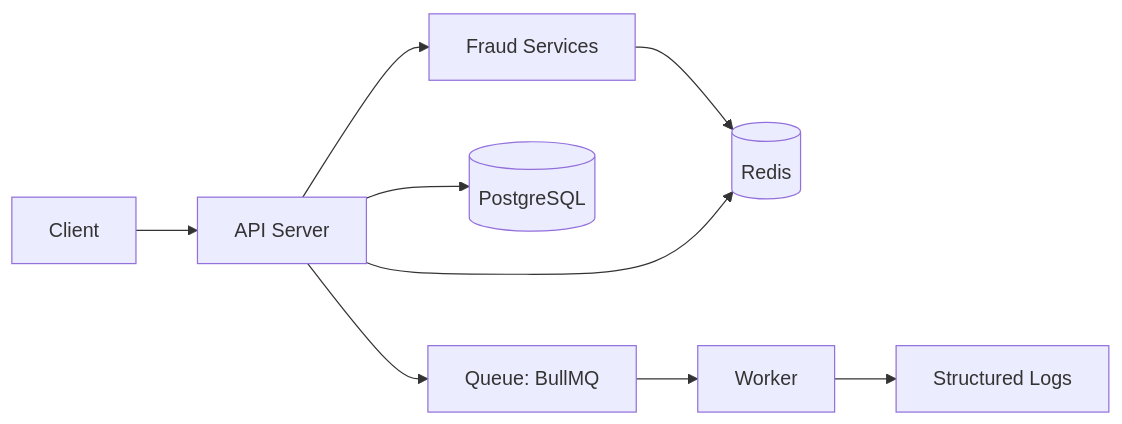
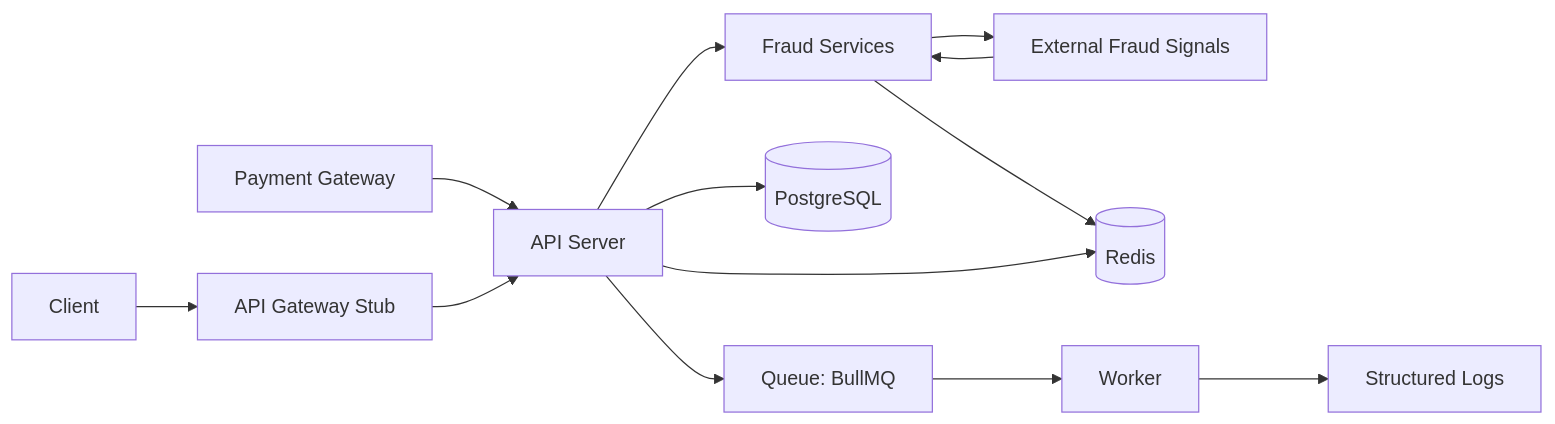
One commit to Rakesh653/fraud-detection-system changed the first of 2 diagrams in README.md. Above: the diagram before and after it, drawn with Mermaid. The commit also changed other lines of this file and 26 other files, not shown here.

````diff
--- a/README.md
+++ b/README.md
@@ -7,11 +7,15 @@
 ```mermaid
 flowchart LR
-  Client[Client] --> API[API Server]
+  Client[Client] --> Gateway[API Gateway Stub]
+  PaymentGateway[Payment Gateway] --> API[API Server]
+  Gateway --> API
   API --> Fraud[Fraud Services]
+  Fraud --> Signals[External Fraud Signals]
+  Signals --> Fraud
   Fraud --> Redis[(Redis)]
   API --> Redis
   API --> Postgres[(PostgreSQL)]
   API --> Queue[Queue: BullMQ]
   Queue --> Worker[Worker]
   Worker --> Logs[Structured Logs]
 ```
````
